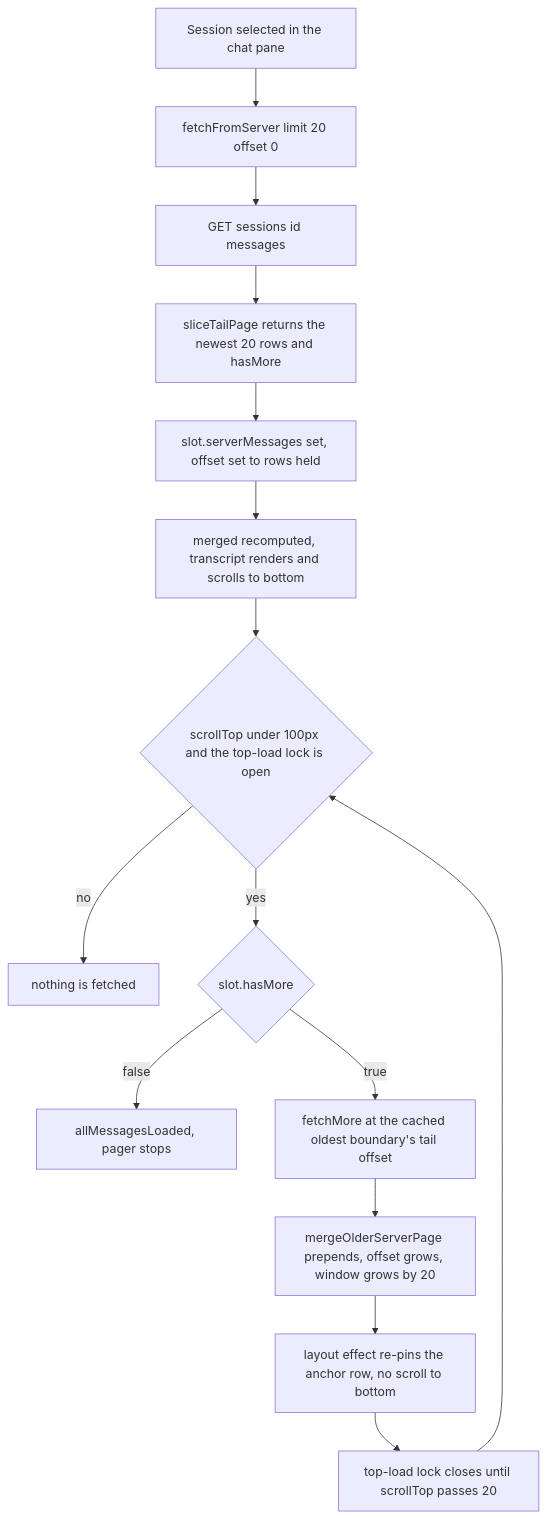
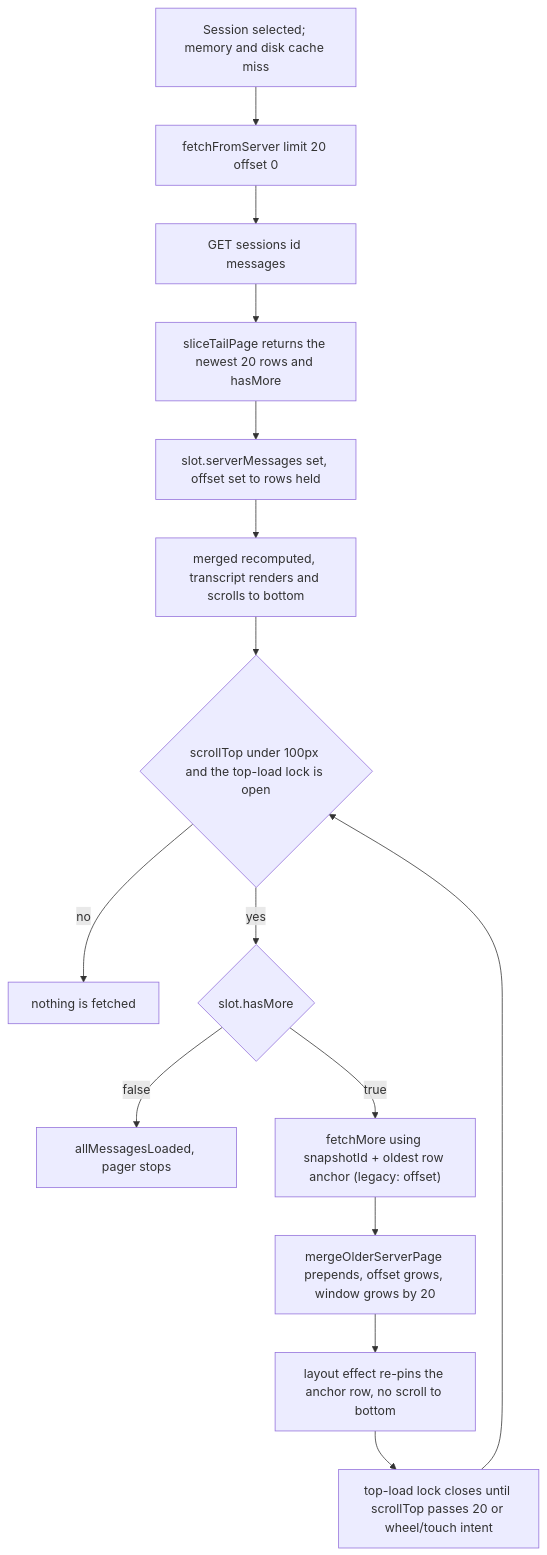
One commit to niuzheng168/claudecodeui changed the first of 3 diagrams in docs/architecture/04-message-store-and-lazy-loading.md. Above: the diagram before and after it, drawn with Mermaid. The commit also changed other lines of this file and 24 other files, not shown here.

First line of the commit message:
fix(chat): cache native history and preserve older pages

````diff
--- a/docs/architecture/04-message-store-and-lazy-loading.md
+++ b/docs/architecture/04-message-store-and-lazy-loading.md
@@ -269,17 +289,17 @@
 ```mermaid
 flowchart TD
-  A["Session selected in the chat pane"] --> B["fetchFromServer limit 20 offset 0"]
+  A["Session selected; memory and disk cache miss"] --> B["fetchFromServer limit 20 offset 0"]
   B --> C["GET sessions id messages"]
   C --> D["sliceTailPage returns the newest 20 rows and hasMore"]
   D --> E["slot.serverMessages set, offset set to rows held"]
   E --> F["merged recomputed, transcript renders and scrolls to bottom"]
   F --> G{"scrollTop under 100px and the top-load lock is open"}
   G -->|"no"| Z["nothing is fetched"]
   G -->|"yes"| H{"slot.hasMore"}
   H -->|"false"| K["allMessagesLoaded, pager stops"]
-  H -->|"true"| I["fetchMore at the cached oldest boundary's tail offset"]
+  H -->|"true"| I["fetchMore using snapshotId + oldest row anchor (legacy: offset)"]
   I --> J["mergeOlderServerPage prepends, offset grows, window grows by 20"]
   J --> L["layout effect re-pins the anchor row, no scroll to bottom"]
-  L --> M["top-load lock closes until scrollTop passes 20"]
+  L --> M["top-load lock closes until scrollTop passes 20 or wheel/touch intent"]
   M --> G
 ```
````
